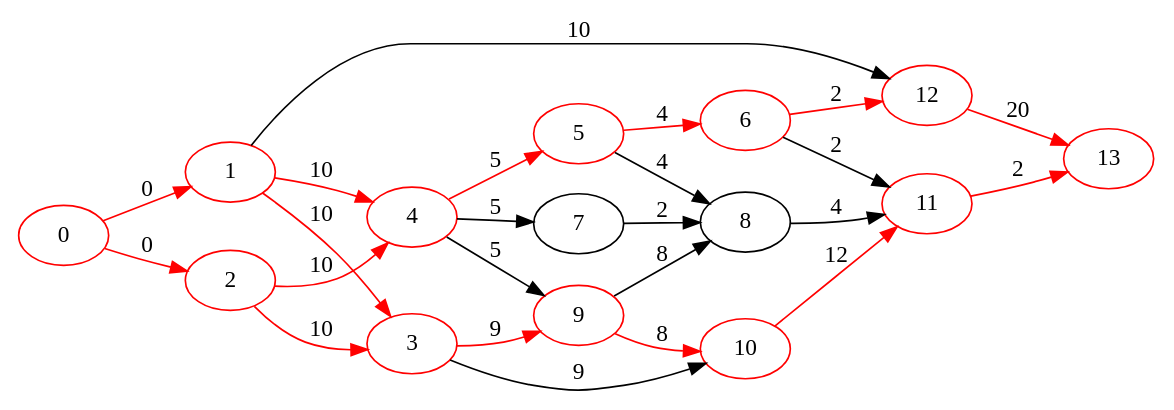
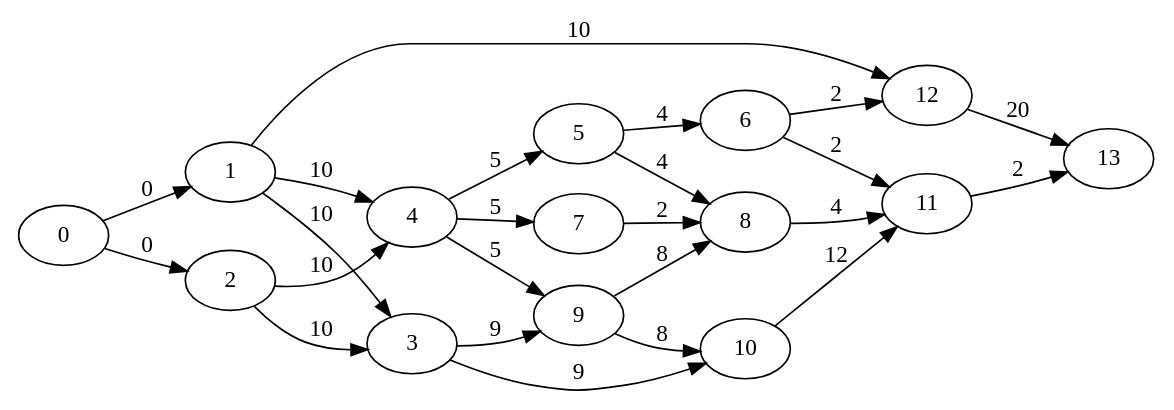
One commit to avivi55/graphs changed the diagram in out/6.gv. Above: the diagram before and after it, drawn with Graphviz. The commit also changed 59 other files, not shown here.

```diff
--- a/out/6.gv
+++ b/out/6.gv
@@ -1,37 +1,25 @@
 digraph { rankdir=LR
-    "1" [color="red" label="1"]
-    "2" [color="red" label="2"]
-    "3" [color="red" label="3"]
-    "4" [color="red" label="4"]
-    "5" [color="red" label="5"]
-    "6" [color="red" label="6"]
-    "9" [color="red" label="9"]
-    "10" [color="red" label="10"]
-    "11" [color="red" label="11"]
-    "12" [color="red" label="12"]
-    "0" [color="red" label="0"]
-    "13" [color="red" label="13"]
-    "1" -> "3" [label="10" color="red" ]
-    "1" -> "4" [label="10" color="red" ]
+    "1" -> "3" [label="10" ]
+    "1" -> "4" [label="10" ]
     "1" -> "12" [label="10" ]
-    "2" -> "3" [label="10" color="red" ]
-    "2" -> "4" [label="10" color="red" ]
-    "3" -> "9" [label="9" color="red" ]
+    "2" -> "3" [label="10" ]
+    "2" -> "4" [label="10" ]
+    "3" -> "9" [label="9" ]
     "3" -> "10" [label="9" ]
-    "4" -> "5" [label="5" color="red" ]
+    "4" -> "5" [label="5" ]
     "4" -> "7" [label="5" ]
     "4" -> "9" [label="5" ]
-    "5" -> "6" [label="4" color="red" ]
+    "5" -> "6" [label="4" ]
     "5" -> "8" [label="4" ]
     "6" -> "11" [label="2" ]
-    "6" -> "12" [label="2" color="red" ]
+    "6" -> "12" [label="2" ]
     "7" -> "8" [label="2" ]
     "8" -> "11" [label="4" ]
     "9" -> "8" [label="8" ]
-    "9" -> "10" [label="8" color="red" ]
-    "10" -> "11" [label="12" color="red" ]
-    "11" -> "13" [label="2" color="red" ]
-    "12" -> "13" [label="20" color="red" ]
-    "0" -> "1" [label="0" color="red" color="red" ]
-    "0" -> "2" [label="0" color="red" color="red" ]
+    "9" -> "10" [label="8" ]
+    "10" -> "11" [label="12" ]
+    "11" -> "13" [label="2" ]
+    "12" -> "13" [label="20" ]
+    "0" -> "1" [label="0" ]
+    "0" -> "2" [label="0" ]
 }
```
